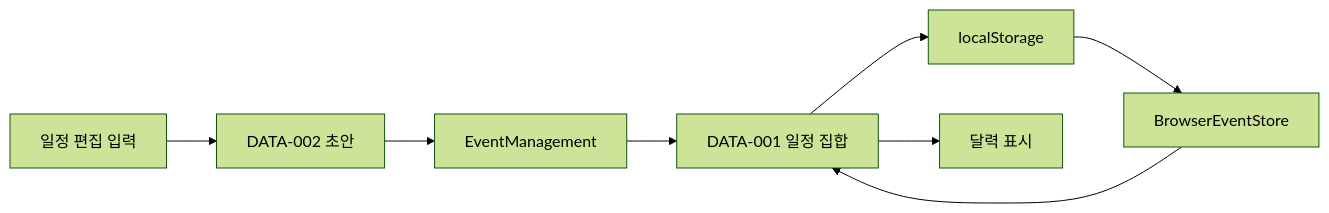
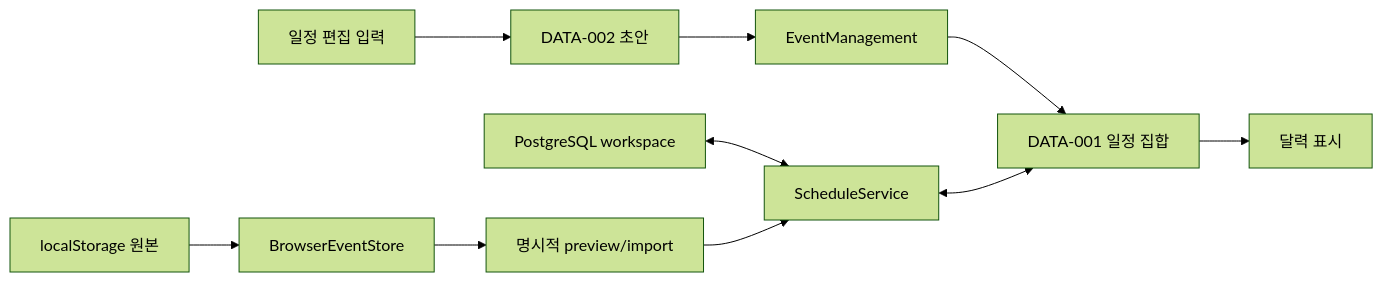
One commit to oolr7roo/WorkPlanner changed the diagram in CalendarApp_Web/Document/11_DataRequirements.md. Above: the diagram before and after it, drawn with Mermaid (forest theme). The commit also changed other lines of this file and 105 other files, not shown here.

Commit message:
Add shared schedule storage and local MCP control

````diff
--- a/CalendarApp_Web/Document/11_DataRequirements.md
+++ b/CalendarApp_Web/Document/11_DataRequirements.md
@@ -16,10 +16,12 @@
 ```mermaid
 flowchart LR
     UI[일정 편집 입력] --> Draft[DATA-002 초안]
     Draft --> Logic[EventManagement]
     Logic --> Events[DATA-001 일정 집합]
-    Store[localStorage] --> Read[BrowserEventStore]
-    Read --> Events
-    Events --> Store
+    Store[PostgreSQL workspace] <--> Service[ScheduleService]
+    Service <--> Events
+    Legacy[localStorage 원본] --> Read[BrowserEventStore]
+    Read --> Import[명시적 preview/import]
+    Import --> Service
     Events --> Calendar[달력 표시]
 ```
````
